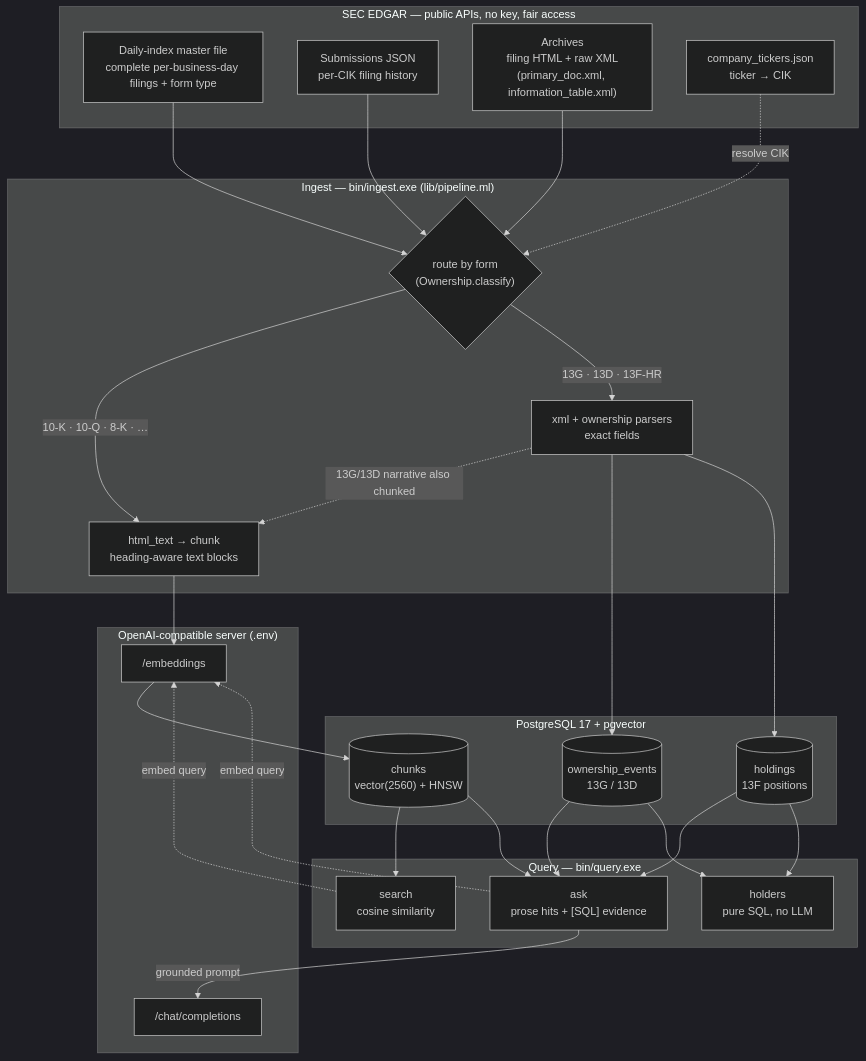
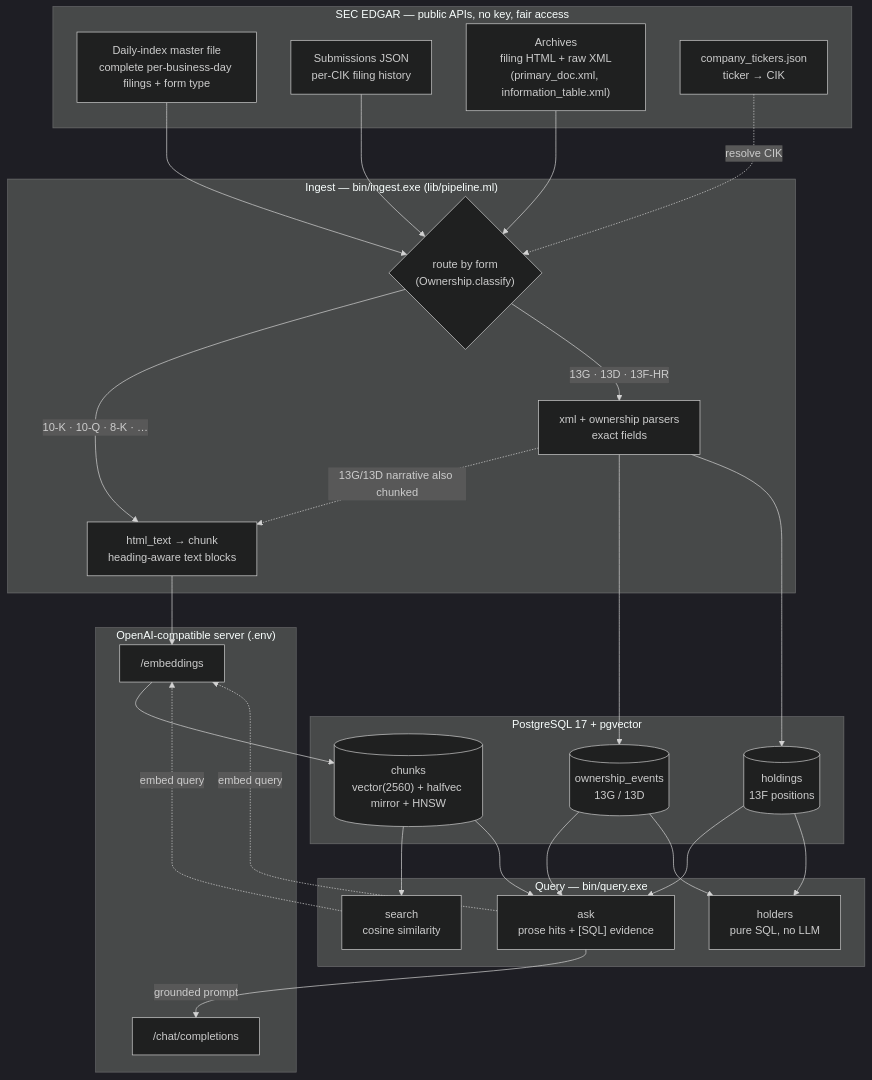
The diagram in README.md (guillaumeimbert/RAG), drawn with Mermaid (dark theme) before and after one commit. The commit also changed other lines of this file and 19 other files, not shown here.

````diff
--- a/README.md
+++ b/README.md
@@ -19,57 +19,57 @@
 ```mermaid
 flowchart TD
     subgraph SEC["SEC EDGAR — public APIs, no key, fair access"]
         master["Daily-index master file<br/>complete per-business-day filings + form type"]
         subs["Submissions JSON<br/>per-CIK filing history"]
         arch["Archives<br/>filing HTML + raw XML<br/>(primary_doc.xml, information_table.xml)"]
         tick["company_tickers.json<br/>ticker → CIK"]
     end
 
     subgraph ING["Ingest — bin/ingest.exe (lib/pipeline.ml)"]
         route{"route by form<br/>(Ownership.classify)"}
         prose["html_text → chunk<br/>heading-aware text blocks"]
         own["xml + ownership parsers<br/>exact fields"]
     end
 
     subgraph OAI["OpenAI-compatible server (.env)"]
         emb["/embeddings"]
         chat["/chat/completions"]
     end
 
     subgraph DB["PostgreSQL 17 + pgvector"]
-        chunks[("chunks<br/>vector(2560) + HNSW")]
+        chunks[("chunks<br/>vector(2560) + halfvec mirror + HNSW")]
         events[("ownership_events<br/>13G / 13D")]
         holdings[("holdings<br/>13F positions")]
     end
 
     subgraph QRY["Query — bin/query.exe"]
         search["search<br/>cosine similarity"]
         ask["ask<br/>prose hits + [SQL] evidence"]
         holders["holders<br/>pure SQL, no LLM"]
     end
 
     master --> route
     subs --> route
     arch --> route
     tick -.->|resolve CIK| route
 
     route -->|"10-K · 10-Q · 8-K · …"| prose
     route -->|"13G · 13D · 13F-HR"| own
     own -.->|"13G/13D narrative also chunked"| prose
 
     prose --> emb
     emb --> chunks
     own --> events
     own --> holdings
 
     chunks --> search
     chunks --> ask
     events --> ask
     holdings --> ask
     events --> holders
     holdings --> holders
 
     search -.->|"embed query"| emb
     ask -.->|"embed query"| emb
     ask -->|"grounded prompt"| chat
 ```
````
